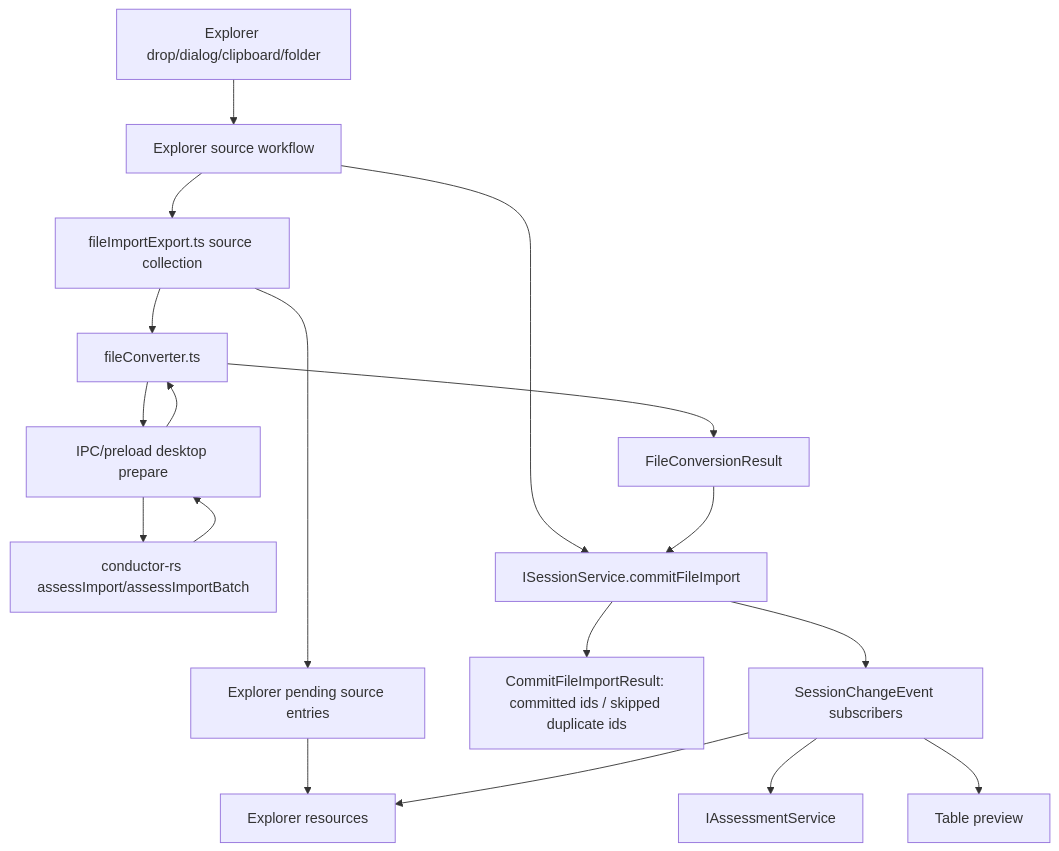
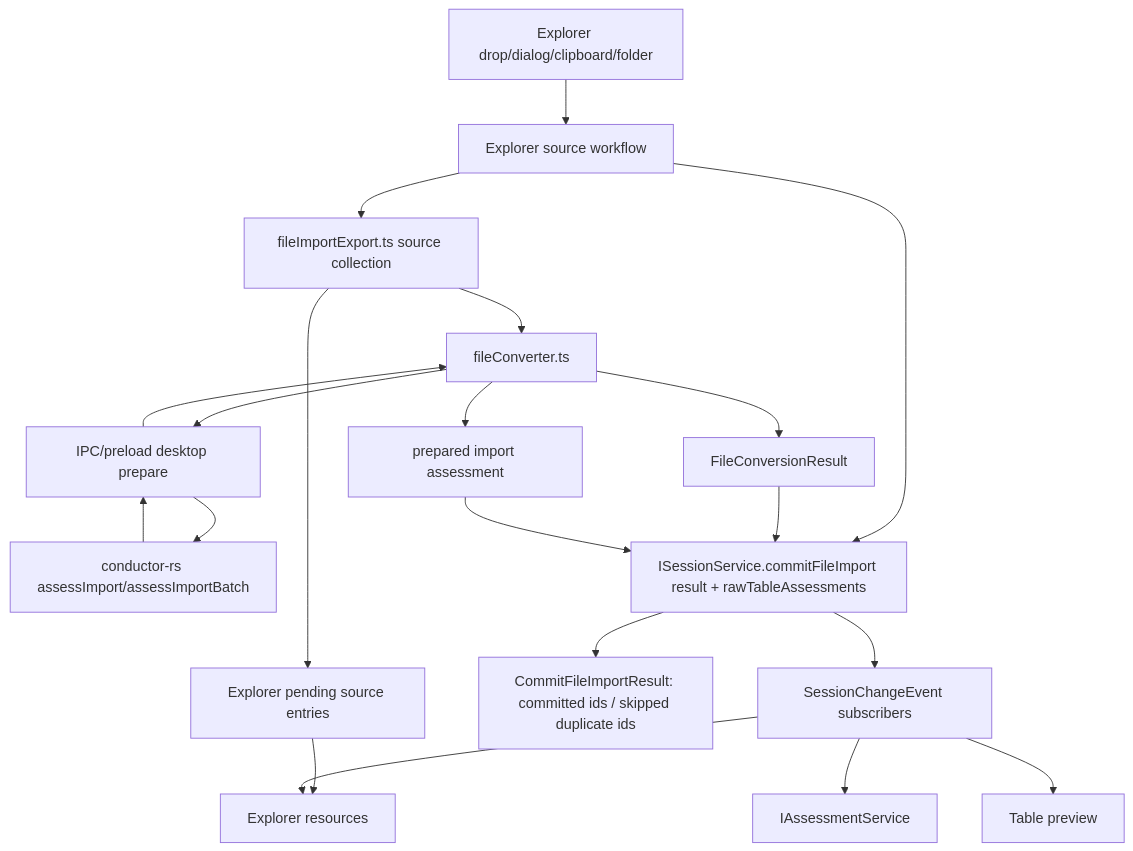
The first of 2 diagrams in .github/instructions/files.instructions.md (chogng/conductor), drawn with Mermaid before and after one commit. The commit also changed other lines of this file and 6 other files, not shown here.

Commit message:
Commit imported assessments with file import

````diff
--- a/.github/instructions/files.instructions.md
+++ b/.github/instructions/files.instructions.md
@@ -255,20 +255,22 @@
 ```mermaid
 flowchart TD
     User[Explorer drop/dialog/clipboard/folder] --> Workflow[Explorer source workflow]
     Workflow --> Source[fileImportExport.ts source collection]
     Source --> Pending[Explorer pending source entries]
     Pending --> Explorer
     Source --> Converter[fileConverter.ts]
     Converter --> DesktopMain[IPC/preload desktop prepare]
     DesktopMain --> DesktopRust[conductor-rs assessImport/assessImportBatch]
     DesktopRust --> DesktopMain
     DesktopMain --> Converter
     Converter --> Result[FileConversionResult]
-    Workflow --> Session[ISessionService.commitFileImport]
+    Converter --> PreparedAssessment[prepared import assessment]
+    Workflow --> Session[ISessionService.commitFileImport result + rawTableAssessments]
     Session --> WorkflowResult[CommitFileImportResult: committed ids / skipped duplicate ids]
     Result --> Session
+    PreparedAssessment --> Session
     Session --> Consumers[SessionChangeEvent subscribers]
     Consumers --> Assessment[IAssessmentService]
     Consumers --> Explorer[Explorer resources]
     Consumers --> Table[Table preview]
 ```
````
